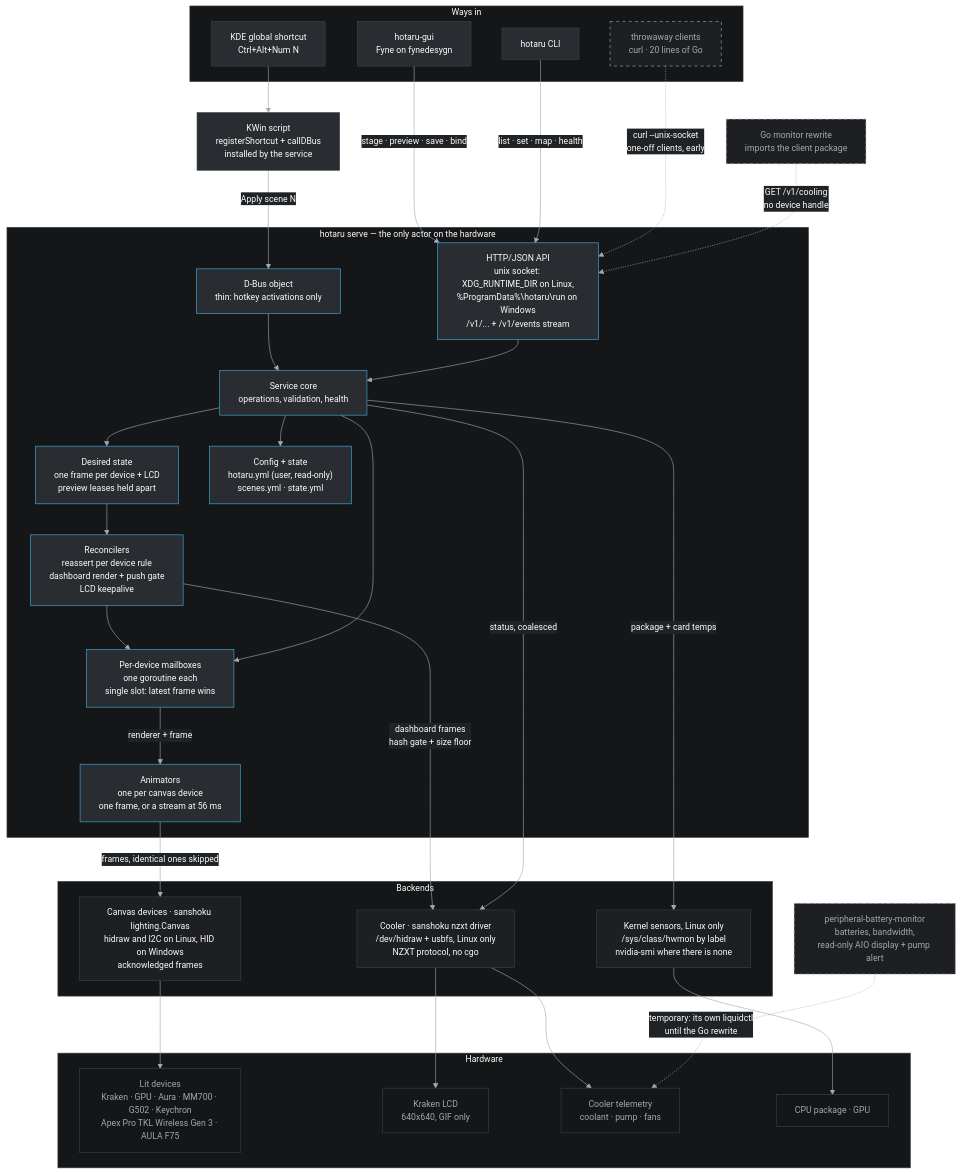
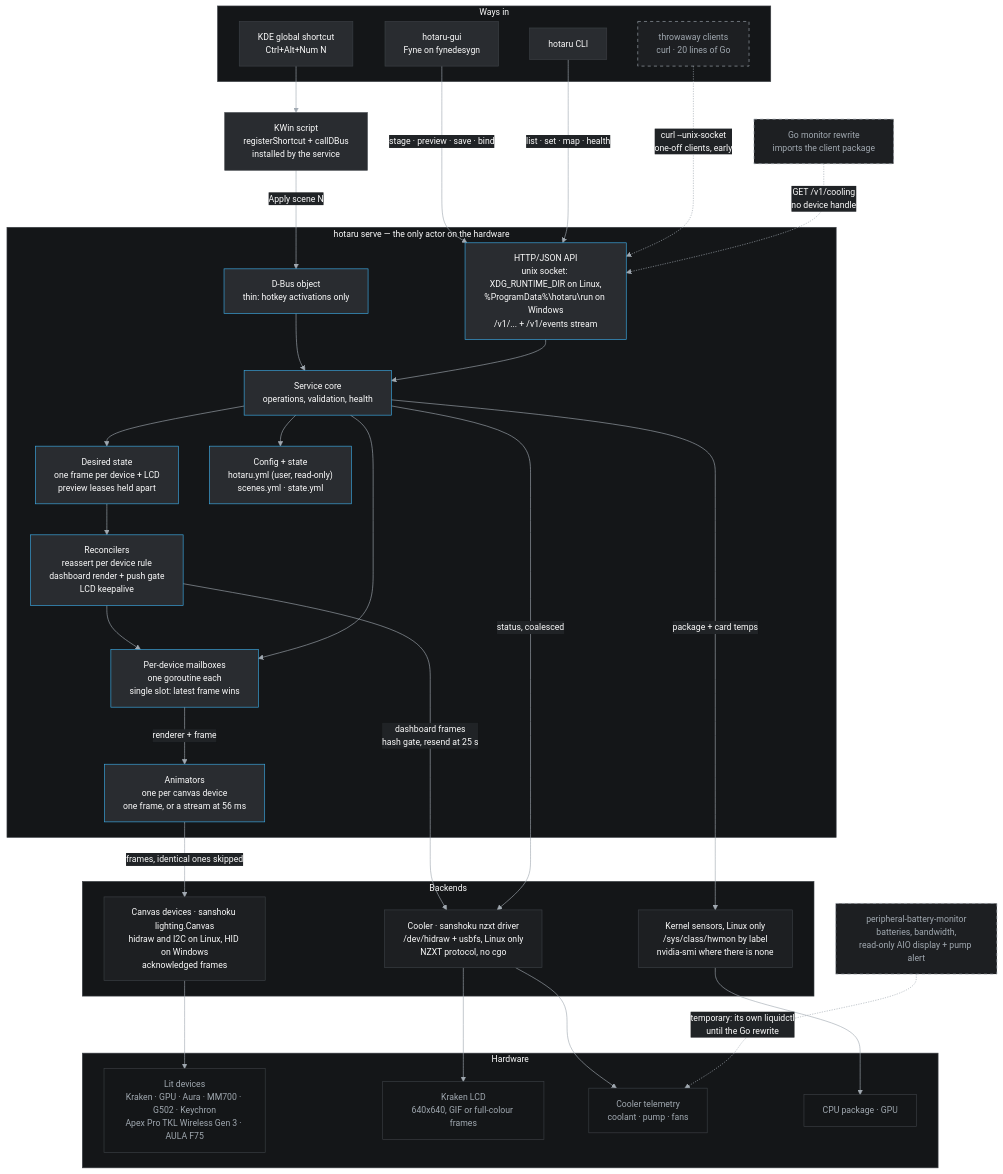
One commit to ushineko/hotaru changed the first of 3 diagrams in docs/architecture.md. Above: the diagram before and after it, drawn with Mermaid. The commit also changed other lines of this file and 7 other files, not shown here.

First line of the commit message:
docs: the dashboard in full colour, as frames

```diff
--- a/docs/architecture.md
+++ b/docs/architecture.md
@@ -47,7 +47,7 @@
 
     subgraph hw["Hardware"]
         LIT["Lit devices<br/>Kraken · GPU · Aura · MM700 · G502 · Keychron<br/>Apex Pro TKL Wireless Gen 3 · AULA F75"]
-        LCD["Kraken LCD<br/>640x640, GIF only"]
+        LCD["Kraken LCD<br/>640x640, GIF or full-colour frames"]
         TELEM["Cooler telemetry<br/>coolant · pump · fans"]
         TEMP["CPU package · GPU"]
     end
@@ -71,7 +71,7 @@
 
     MBOX -->|"renderer + frame"| ANIM
     ANIM -->|"frames, identical ones skipped"| CANV
-    RECON -->|"dashboard frames<br/>hash gate + size floor"| COOL
+    RECON -->|"dashboard frames<br/>hash gate, resend at 25 s"| COOL
     CORE -->|"status, coalesced"| COOL
     CORE -->|"package + card temps"| HWMON
 
```
